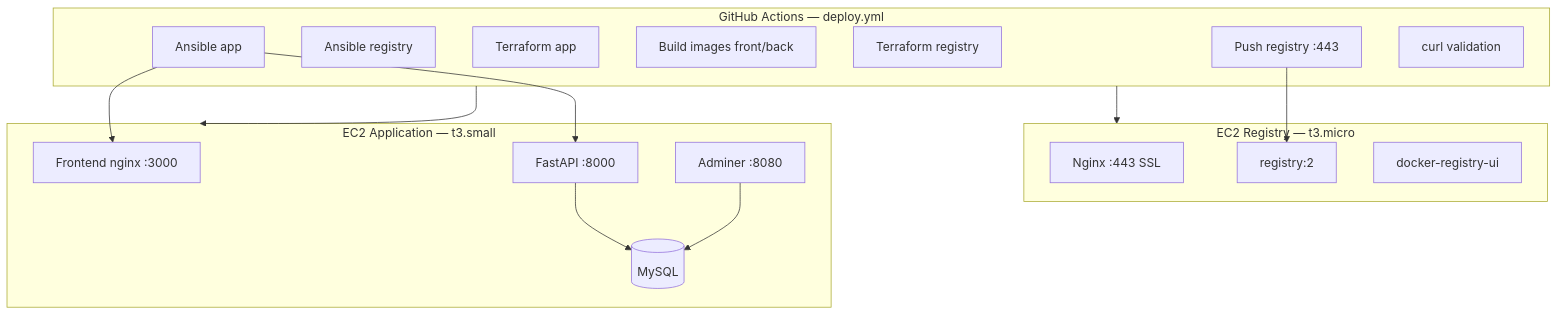
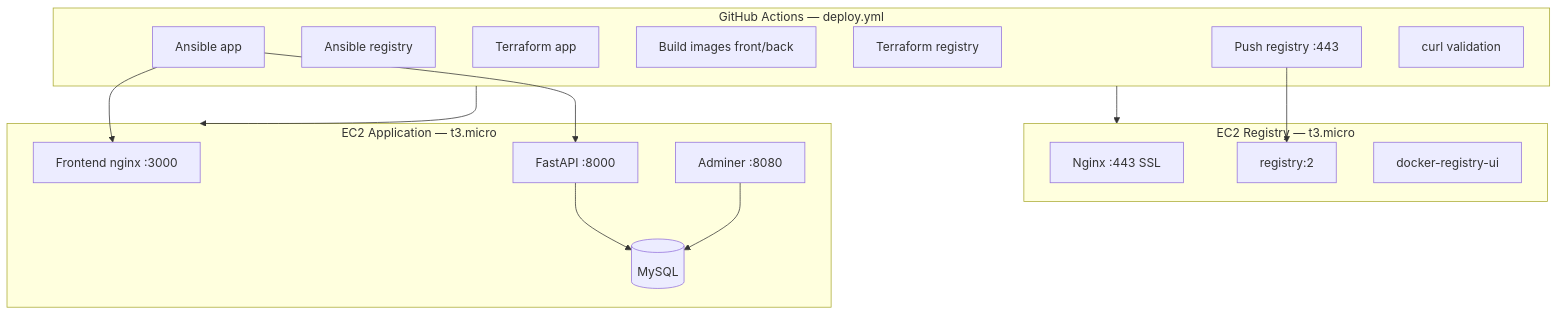
The diagram in ARCHITECTURE.md (Sqwado/ci-cd-formulaire-inscription), drawn with Mermaid before and after one commit. The commit also changed other lines of this file and 2 other files, not shown here.

Commit message:
perf(ci): split deploy workflow into parallel jobs with caching

````diff
--- a/ARCHITECTURE.md
+++ b/ARCHITECTURE.md
@@ -7,33 +7,33 @@
 ```mermaid
 flowchart TB
     subgraph GHA["GitHub Actions — deploy.yml"]
         TF1[Terraform registry]
         AN1[Ansible registry]
         TF2[Terraform app]
         BUILD[Build images front/back]
         PUSH[Push registry :443]
         AN2[Ansible app]
         CURL[curl validation]
     end
 
     subgraph EC2R["EC2 Registry — t3.micro"]
         NGX[Nginx :443 SSL]
         REG[registry:2]
         UI[docker-registry-ui]
     end
 
-    subgraph EC2A["EC2 Application — t3.small"]
+    subgraph EC2A["EC2 Application — t3.micro"]
         FE[Frontend nginx :3000]
         BE[FastAPI :8000]
         DB[(MySQL)]
         ADM[Adminer :8080]
     end
 
     GHA --> EC2R
     GHA --> EC2A
     PUSH --> REG
     AN2 --> FE
     AN2 --> BE
     BE --> DB
     ADM --> DB
 ```
````
